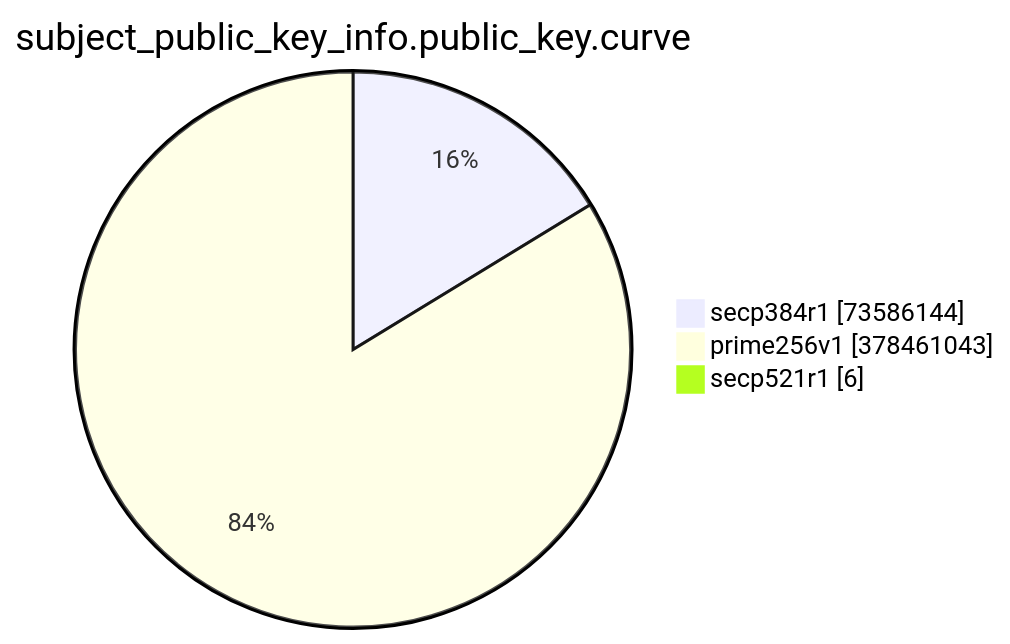
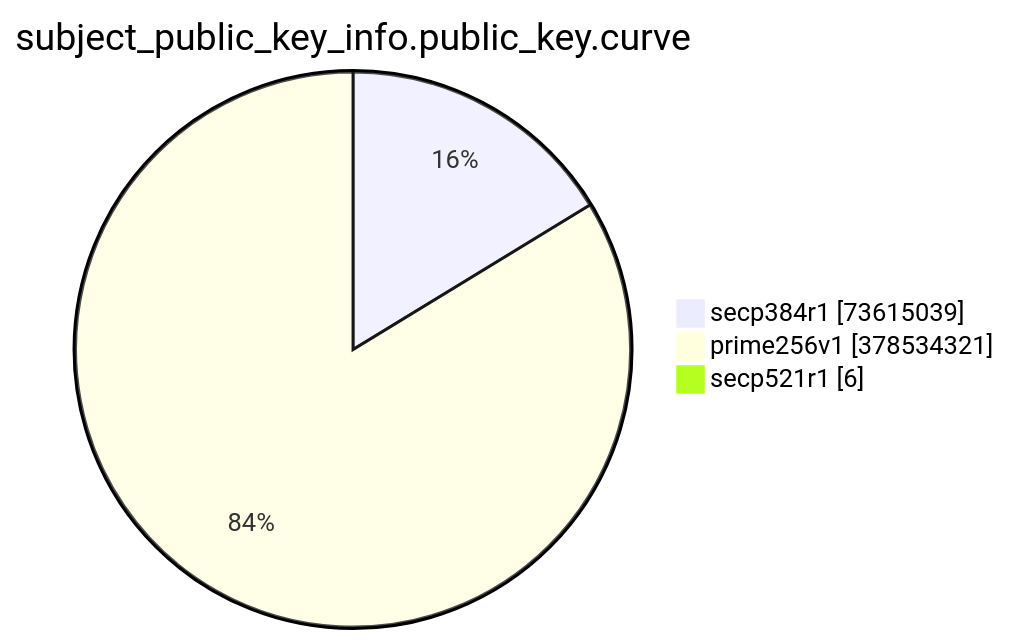
Before and after one commit to christiankrug/ctmonitor_visualization: the eighth of 15 diagrams in TOTAL/README.md, drawn with Mermaid. The commit also changed other lines of this file, not shown here.

````diff
--- a/TOTAL/README.md
+++ b/TOTAL/README.md
@@ -3094,7 +3094,7 @@
 ```mermaid
 pie showData
 title subject_public_key_info.public_key.curve
-"secp384r1" :73586144
-"prime256v1" :378461043
+"secp384r1" :73615039
+"prime256v1" :378534321
 "secp521r1" :6
 ```
````
